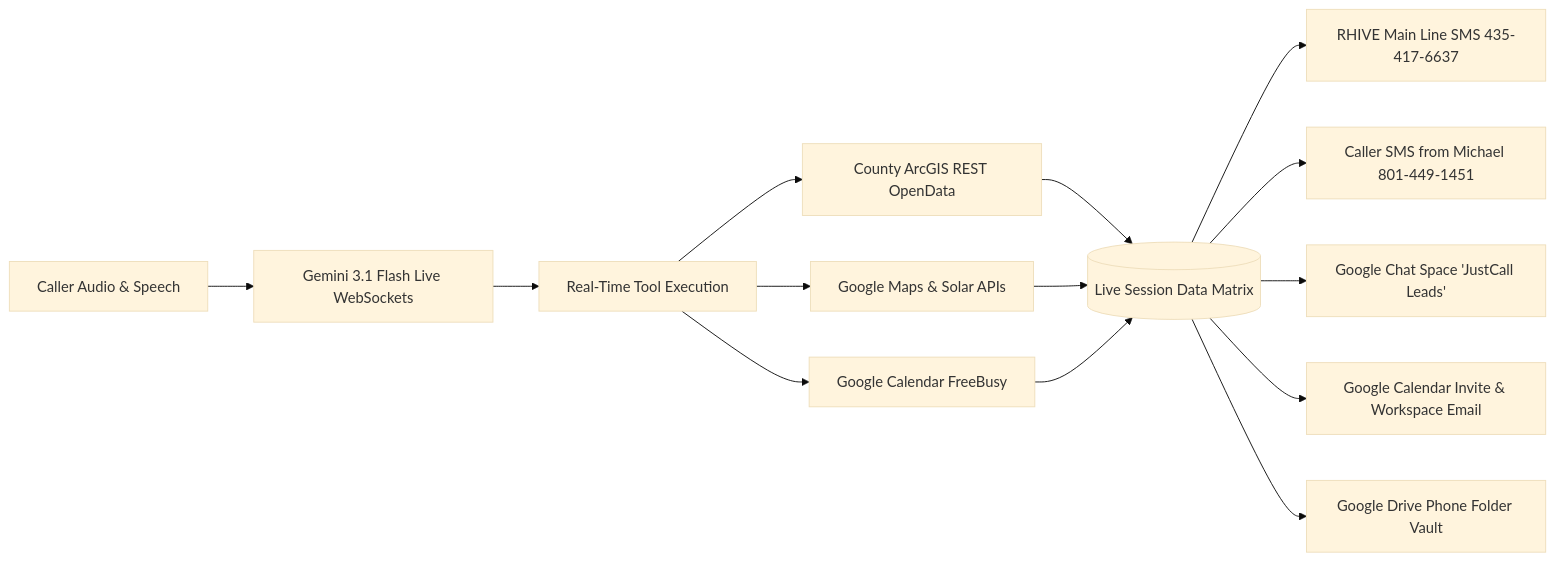
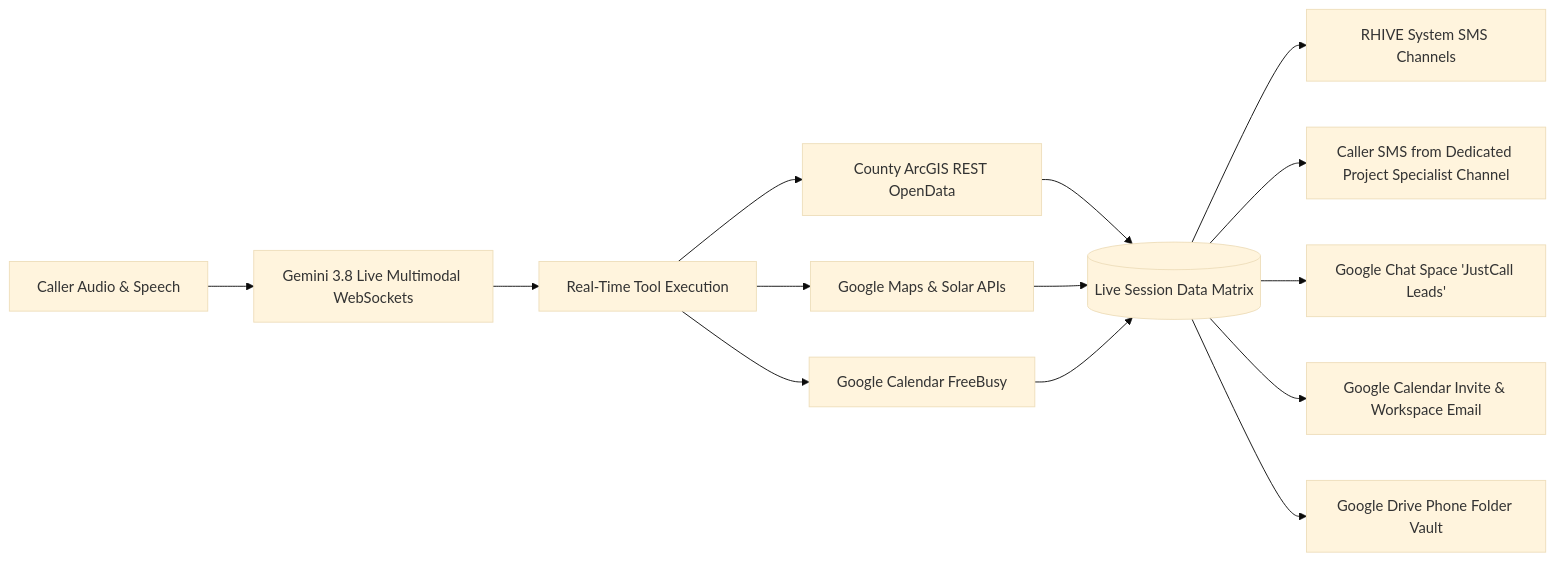
Before and after one commit to RHIVE-Construction/RHIVE-Telephony: the second of 2 diagrams in docs/flow_quotes_residential_commercial.md, drawn with Mermaid (base theme). The commit also changed other lines of this file and 7 other files, not shown here.

Commit message:
feat(telephony): Rev 66 - Gemini 3.8 Live upgrade, secure GIS auth gate, all-white branding, and 15-min video inspection flow

````diff
--- a/docs/flow_quotes_residential_commercial.md
+++ b/docs/flow_quotes_residential_commercial.md
@@ -494,14 +525,14 @@
 ```mermaid
 flowchart LR
-    A[Caller Audio & Speech] --> B[Gemini 3.1 Flash Live WebSockets]
+    A[Caller Audio & Speech] --> B[Gemini 3.8 Live Multimodal WebSockets]
     B --> C[Real-Time Tool Execution]
     C --> D[County ArcGIS REST OpenData]
     C --> E[Google Maps & Solar APIs]
     C --> F[Google Calendar FreeBusy]
     D & E & F --> G[(Live Session Data Matrix)]
-    G --> H[RHIVE Main Line SMS 435-417-6637]
-    G --> I[Caller SMS from Michael 801-449-1451]
+    G --> H[RHIVE System SMS Channels]
+    G --> I[Caller SMS from Dedicated Project Specialist Channel]
     G --> J[Google Chat Space 'JustCall Leads']
     G --> K[Google Calendar Invite & Workspace Email]
     G --> L[Google Drive Phone Folder Vault]
 ```
````
